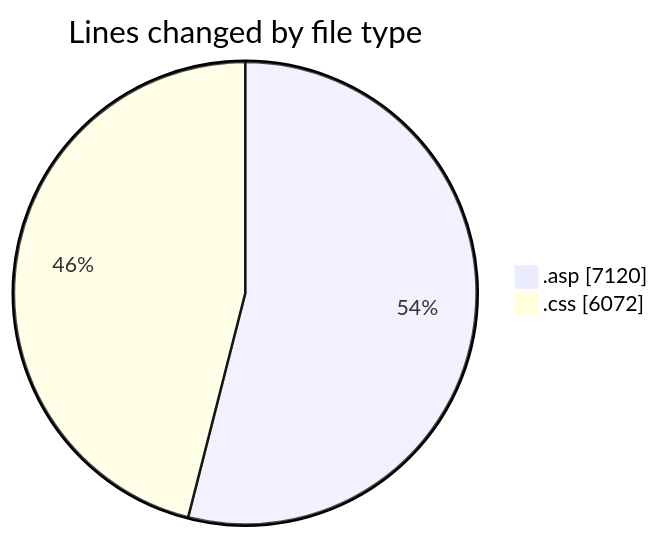
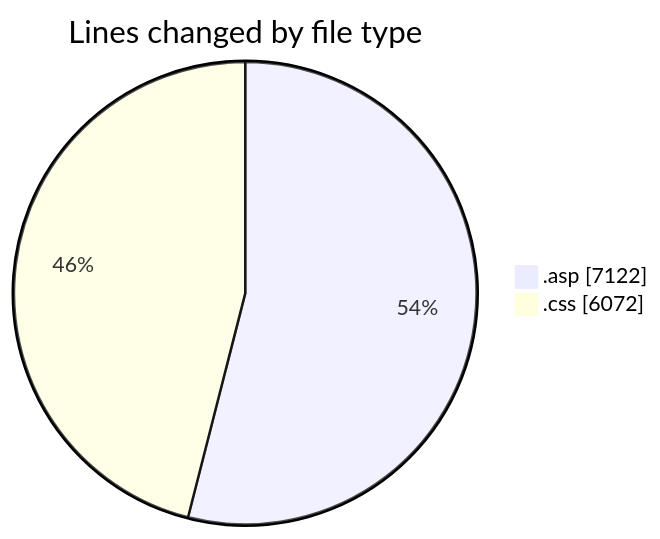
The first of 2 diagrams in 2025-11-17/usr_aleoudev_fr__workspace_/README.md (julien-gomy/code-tracking), drawn with Mermaid before and after one commit. The commit also changed other lines of this file and 1 other file, not shown here.

````diff
--- a/2025-11-17/usr_aleoudev_fr__workspace_/README.md
+++ b/2025-11-17/usr_aleoudev_fr__workspace_/README.md
@@ -27,6 +27,6 @@
 ```mermaid
 pie showData
 title Lines changed by file type
-".asp" : 7120
+".asp" : 7122
 ".css" : 6072
 ```
````
